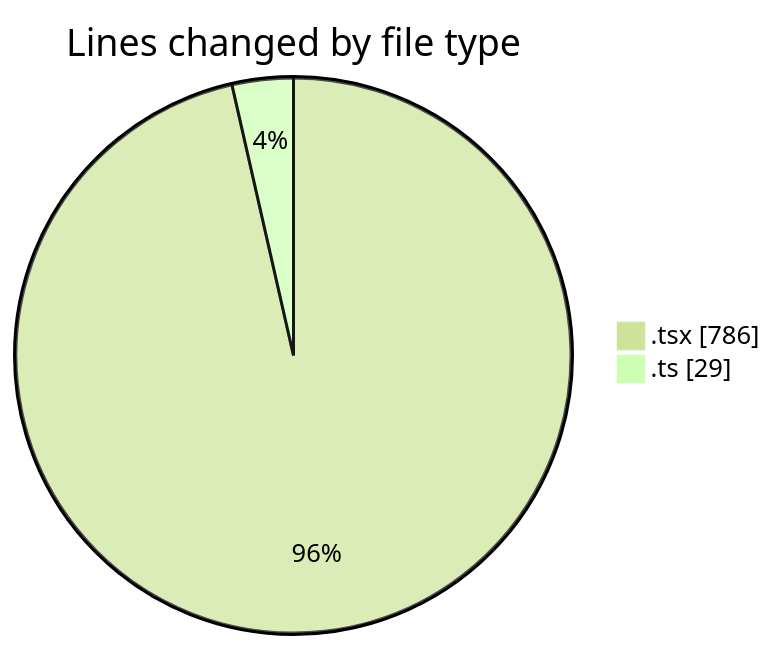
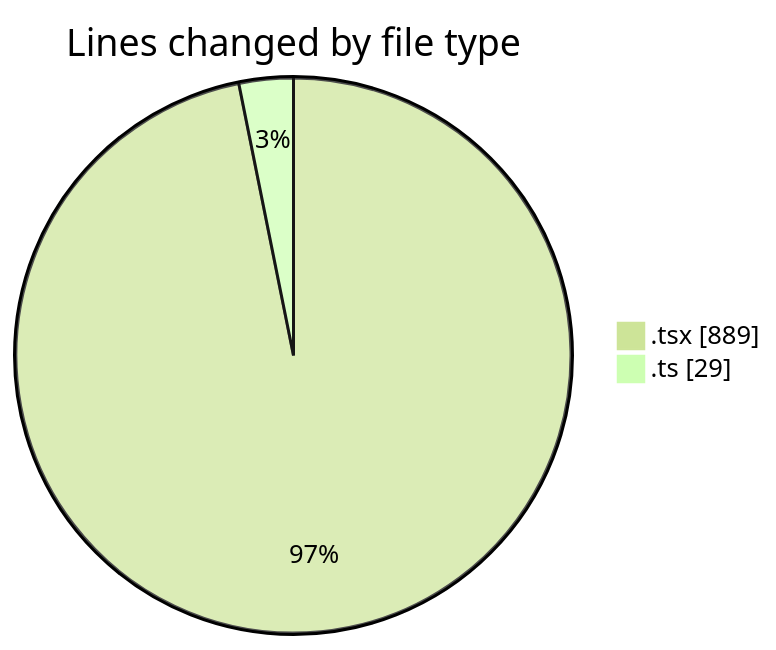
The first of 2 diagrams in 2026-04-07/airfeed-analytics-dashboard/README.md (nxtqubesakshisongat/code-tracking), drawn with Mermaid (forest theme) before and after one commit. The commit also changed other lines of this file and 1 other file, not shown here.

````diff
--- a/2026-04-07/airfeed-analytics-dashboard/README.md
+++ b/2026-04-07/airfeed-analytics-dashboard/README.md
@@ -27,6 +27,6 @@
 ```mermaid
 pie showData
 title Lines changed by file type
-".tsx" : 786
+".tsx" : 889
 ".ts" : 29
 ```
````
